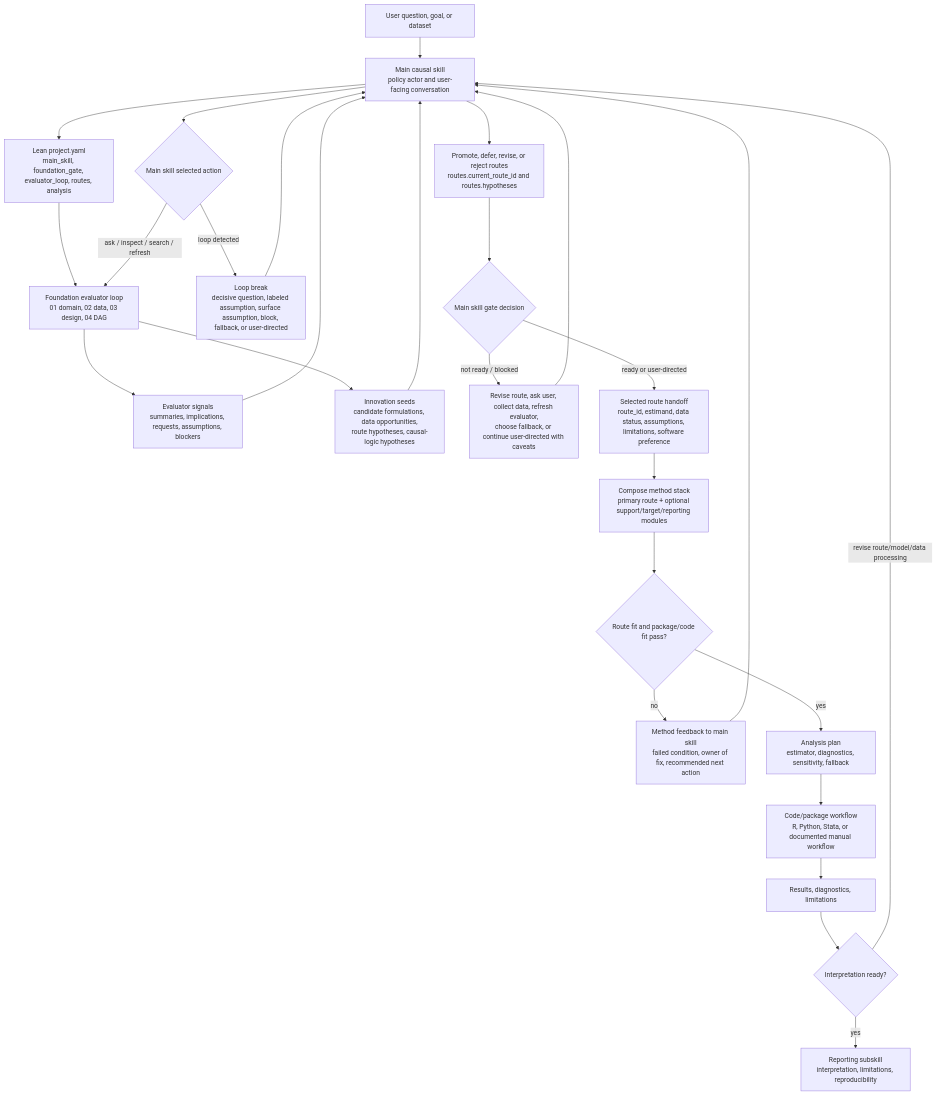
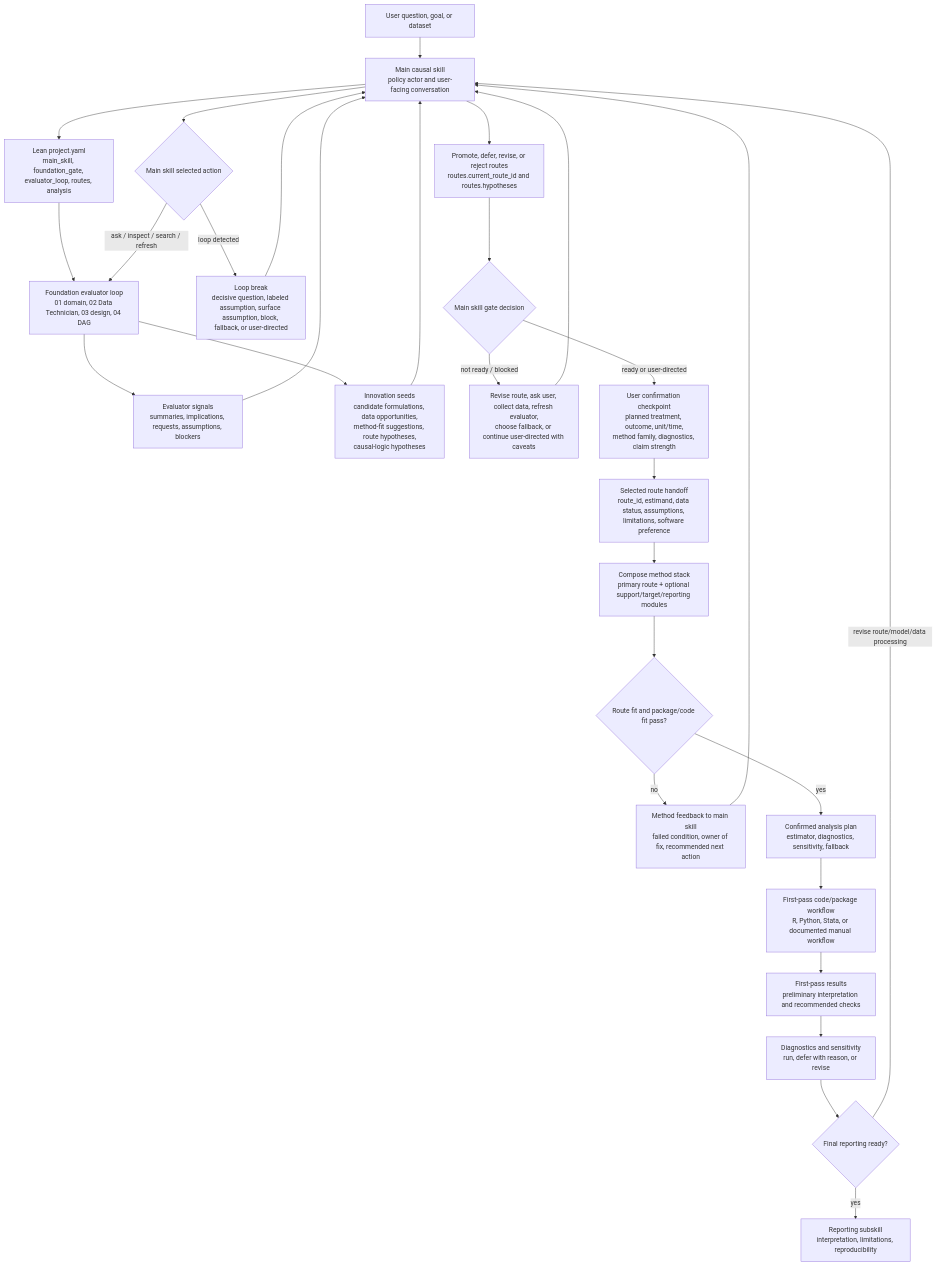
One commit to rqzhu-aide/causal-consultant changed the diagram in assets/workflow-mermaid.md. Above: the diagram before and after it, drawn with Mermaid. The commit also changed other lines of this file and 50 other files, not shown here.

Commit message:
Add Data Technician interaction checkpoints

````diff
--- a/assets/workflow-mermaid.md
+++ b/assets/workflow-mermaid.md
@@ -5,33 +5,35 @@
 ```mermaid
 flowchart TB
     U["User question, goal, or dataset"] --> M["Main causal skill<br/>policy actor and user-facing conversation"]
     M --> Y["Lean project.yaml<br/>main_skill, foundation_gate, evaluator_loop, routes, analysis"]
 
-    Y --> E["Foundation evaluator loop<br/>01 domain, 02 data, 03 design, 04 DAG"]
+    Y --> E["Foundation evaluator loop<br/>01 domain, 02 Data Technician, 03 design, 04 DAG"]
     E --> S["Evaluator signals<br/>summaries, implications, requests, assumptions, blockers"]
     S --> M
-    E --> I["Innovation seeds<br/>candidate formulations, data opportunities,<br/>route hypotheses, causal-logic hypotheses"]
+    E --> I["Innovation seeds<br/>candidate formulations, data opportunities,<br/>method-fit suggestions, route hypotheses,<br/>causal-logic hypotheses"]
     I --> M
 
     M --> A{"Main skill selected action"}
     A -->|"ask / inspect / search / refresh"| E
     A -->|"loop detected"| LB["Loop break<br/>decisive question, labeled assumption, surface assumption, block, fallback, or user-directed"]
     LB --> M
 
     M --> RT["Promote, defer, revise, or reject routes<br/>routes.current_route_id and routes.hypotheses"]
     RT --> G{"Main skill gate decision"}
     G -->|"not ready / blocked"| ALT["Revise route, ask user, collect data, refresh evaluator,<br/>choose fallback, or continue user-directed with caveats"]
     ALT --> M
-    G -->|"ready or user-directed"| R["Selected route handoff<br/>route_id, estimand, data status, assumptions, limitations, software preference"]
+    G -->|"ready or user-directed"| C["User confirmation checkpoint<br/>planned treatment, outcome, unit/time,<br/>method family, diagnostics, claim strength"]
+    C --> R["Selected route handoff<br/>route_id, estimand, data status, assumptions, limitations, software preference"]
 
     R --> MS["Compose method stack<br/>primary route + optional support/target/reporting modules"]
     MS --> PF{"Route fit and package/code fit pass?"}
     PF -->|"no"| FB["Method feedback to main skill<br/>failed condition, owner of fix, recommended next action"]
     FB --> M
-    PF -->|"yes"| PLAN["Analysis plan<br/>estimator, diagnostics, sensitivity, fallback"]
-    PLAN --> CODE["Code/package workflow<br/>R, Python, Stata, or documented manual workflow"]
-    CODE --> RES["Results, diagnostics, limitations"]
-    RES --> OK{"Interpretation ready?"}
+    PF -->|"yes"| PLAN["Confirmed analysis plan<br/>estimator, diagnostics, sensitivity, fallback"]
+    PLAN --> CODE["First-pass code/package workflow<br/>R, Python, Stata, or documented manual workflow"]
+    CODE --> RES["First-pass results<br/>preliminary interpretation and recommended checks"]
+    RES --> DIAG["Diagnostics and sensitivity<br/>run, defer with reason, or revise"]
+    DIAG --> OK{"Final reporting ready?"}
     OK -->|"revise route/model/data processing"| M
     OK -->|"yes"| REP["Reporting subskill<br/>interpretation, limitations, reproducibility"]
 ```
````
